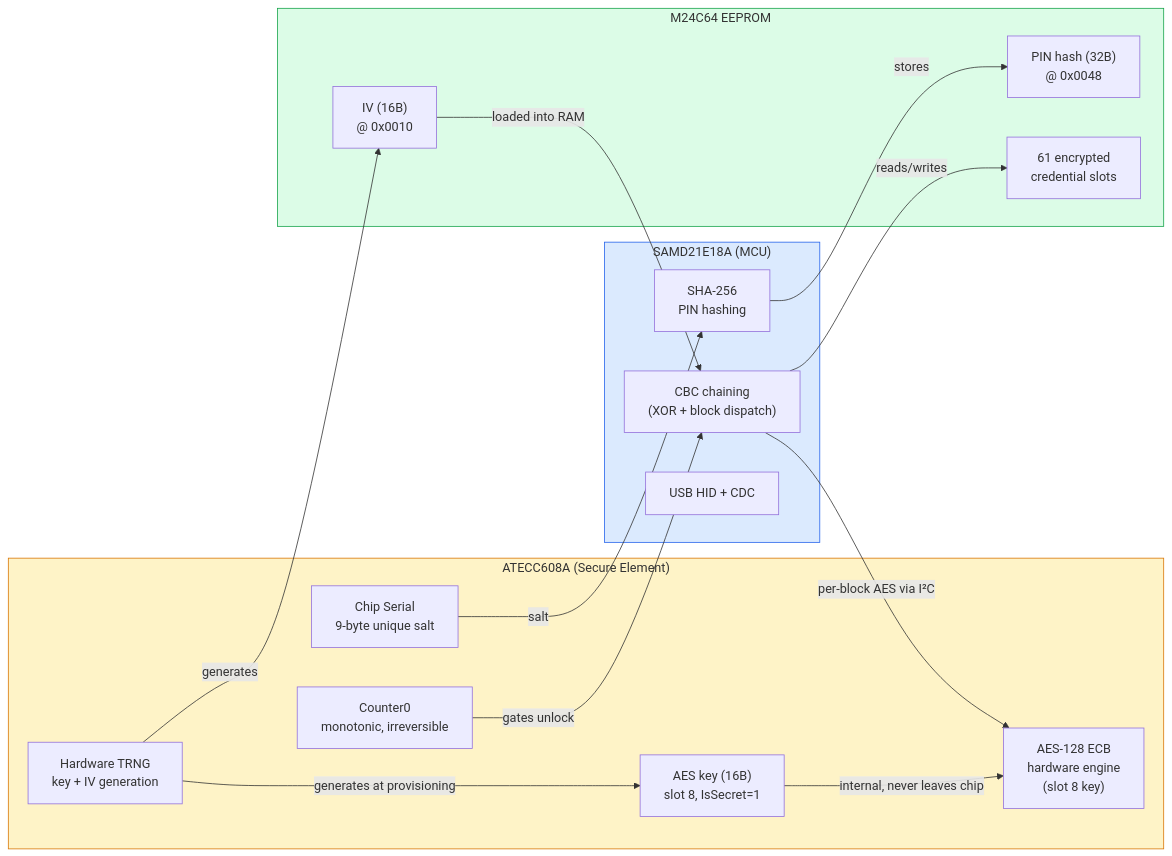
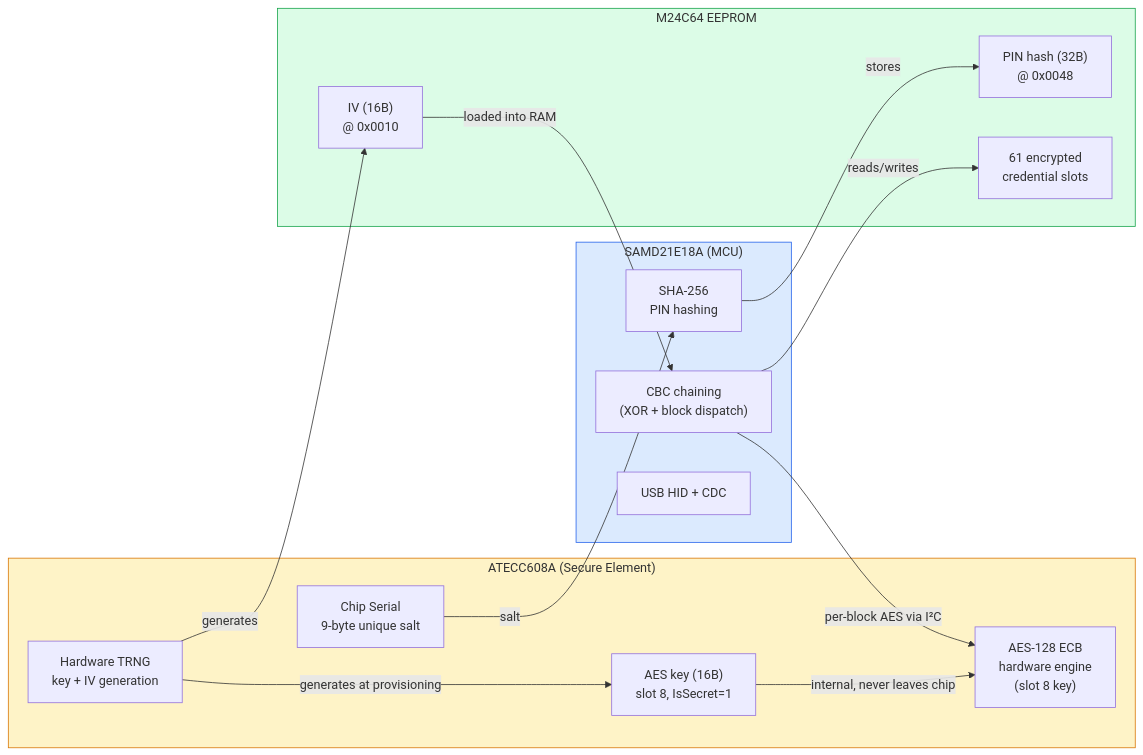
The first of 2 diagrams in firmware/security/index.mdx (Depbit-lab/docsZerokeyUSB), drawn with Mermaid before and after one commit. The commit also changed other lines of this file and 13 other files, not shown here.

````diff
--- a/firmware/security/index.mdx
+++ b/firmware/security/index.mdx
@@ -19,36 +19,34 @@
 ```mermaid
 graph LR
     subgraph MCU["SAMD21E18A (MCU)"]
         CBC["CBC chaining\n(XOR + block dispatch)"]
         SHA["SHA-256\nPIN hashing"]
         USB["USB HID + CDC"]
     end
 
     subgraph SE["ATECC608A (Secure Element)"]
         TRNG["Hardware TRNG\nkey + IV generation"]
         AESHW["AES-128 ECB\nhardware engine\n(slot 8 key)"]
         KEY["AES key (16B)\nslot 8, IsSecret=1"]
-        CNT["Counter0\nmonotonic, irreversible"]
         SER["Chip Serial\n9-byte unique salt"]
     end
 
     subgraph MEM["M24C64 EEPROM"]
         IV["IV (16B)\n@ 0x0010"]
         HASH["PIN hash (32B)\n@ 0x0048"]
         CRED["61 encrypted\ncredential slots"]
     end
 
     TRNG -->|"generates at provisioning"| KEY
     KEY -->|"internal, never leaves chip"| AESHW
     TRNG -->|"generates"| IV
     SER -->|"salt"| SHA
     SHA -->|"stores"| HASH
-    CNT -->|"gates unlock"| CBC
     IV -->|"loaded into RAM"| CBC
     CBC -->|"per-block AES via I²C"| AESHW
     CBC -->|"reads/writes"| CRED
 
     style MCU fill:#dbeafe,stroke:#2563eb
     style SE fill:#fef3c7,stroke:#d97706
     style MEM fill:#dcfce7,stroke:#16a34a
 ```
````
